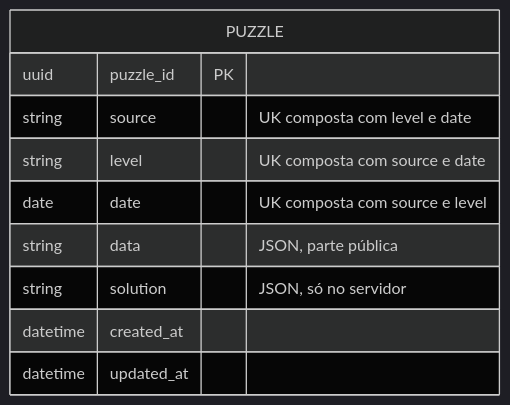
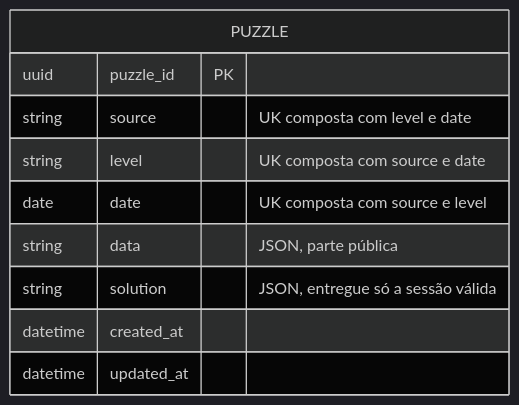
Before and after one commit to BrunoYTanaka/cruzadinha: the diagram in docs/entity-relationship-diagrams/ERD-002-coleta-puzzles.md, drawn with Mermaid (dark theme). The commit also changed 25 other files, not shown here.

````diff
--- a/docs/entity-relationship-diagrams/ERD-002-coleta-puzzles.md
+++ b/docs/entity-relationship-diagrams/ERD-002-coleta-puzzles.md
@@ -1,13 +1,13 @@
 ```mermaid
 erDiagram
     PUZZLE {
         uuid puzzle_id PK
         string source "UK composta com level e date"
         string level "UK composta com source e date"
         date date "UK composta com source e level"
         string data "JSON, parte pública"
-        string solution "JSON, só no servidor"
+        string solution "JSON, entregue só a sessão válida"
         datetime created_at
         datetime updated_at
     }
 ```
````
